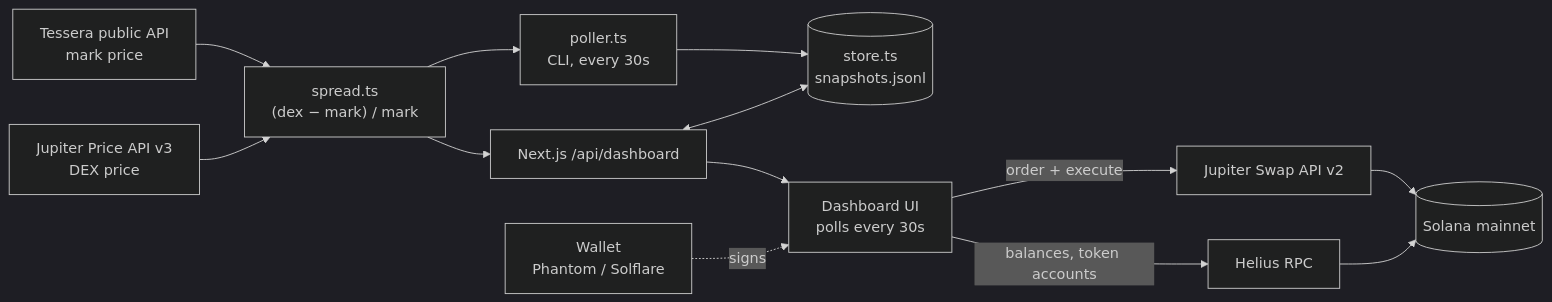
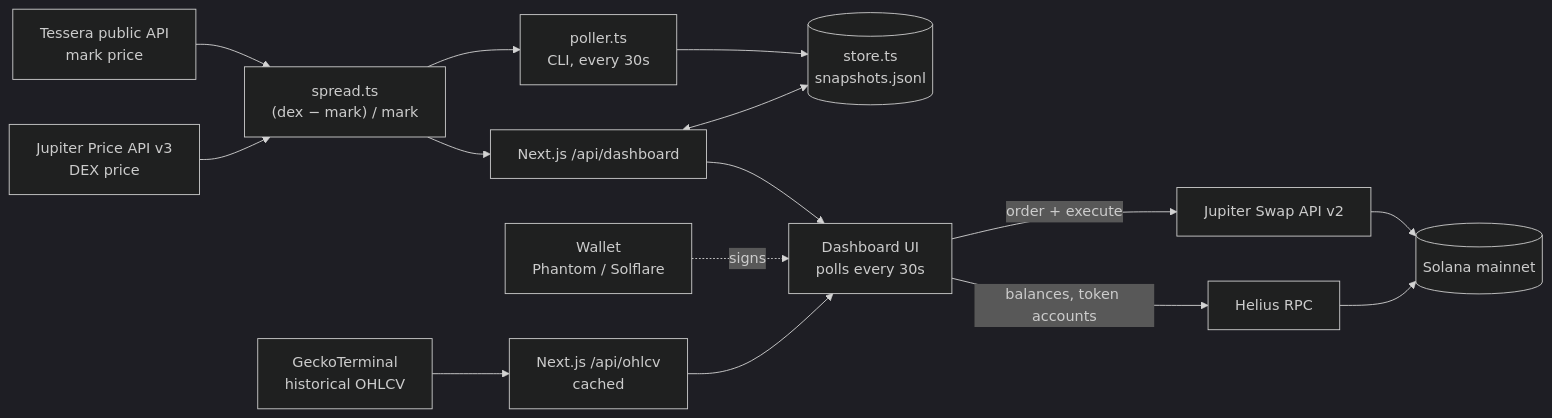
One commit to Im-2/Basis changed the diagram in README.md. Above: the diagram before and after it, drawn with Mermaid (dark theme). The commit also changed other lines of this file and 3 other files, not shown here.

First line of the commit message:
Fill the candlestick chart with real trading history from GeckoTerminal

````diff
--- a/README.md
+++ b/README.md
@@ -70,15 +70,17 @@
 ```mermaid
 flowchart LR
     TS["Tessera public API<br/>mark price"] --> SP
     JP["Jupiter Price API v3<br/>DEX price"] --> SP
     SP["spread.ts<br/>(dex − mark) / mark"] --> API
     SP --> POLL["poller.ts<br/>CLI, every 30s"]
     POLL --> DB[("store.ts<br/>snapshots.jsonl")]
     API["Next.js /api/dashboard"] <--> DB
     API --> UI["Dashboard UI<br/>polls every 30s"]
     WAL["Wallet<br/>Phantom / Solflare"] -. signs .-> UI
     UI -- "order + execute" --> JS["Jupiter Swap API v2"]
     JS --> SOL[("Solana mainnet")]
     UI -- "balances, token accounts" --> RPC["Helius RPC"]
     RPC --> SOL
+    GT["GeckoTerminal<br/>historical OHLCV"] --> OH["Next.js /api/ohlcv<br/>cached"]
+    OH --> UI
 ```
````
